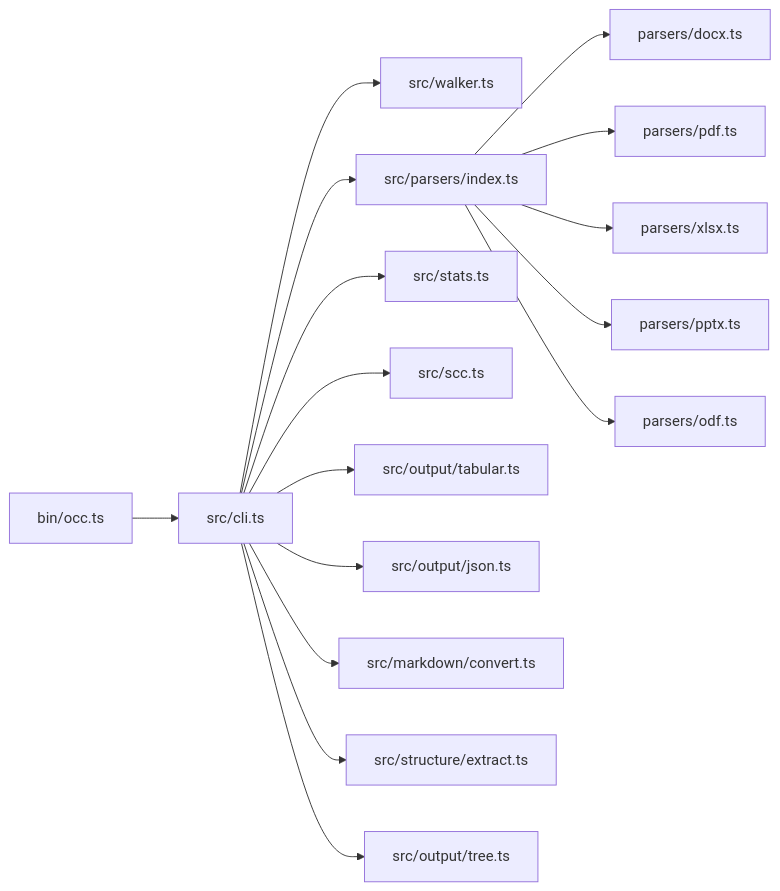
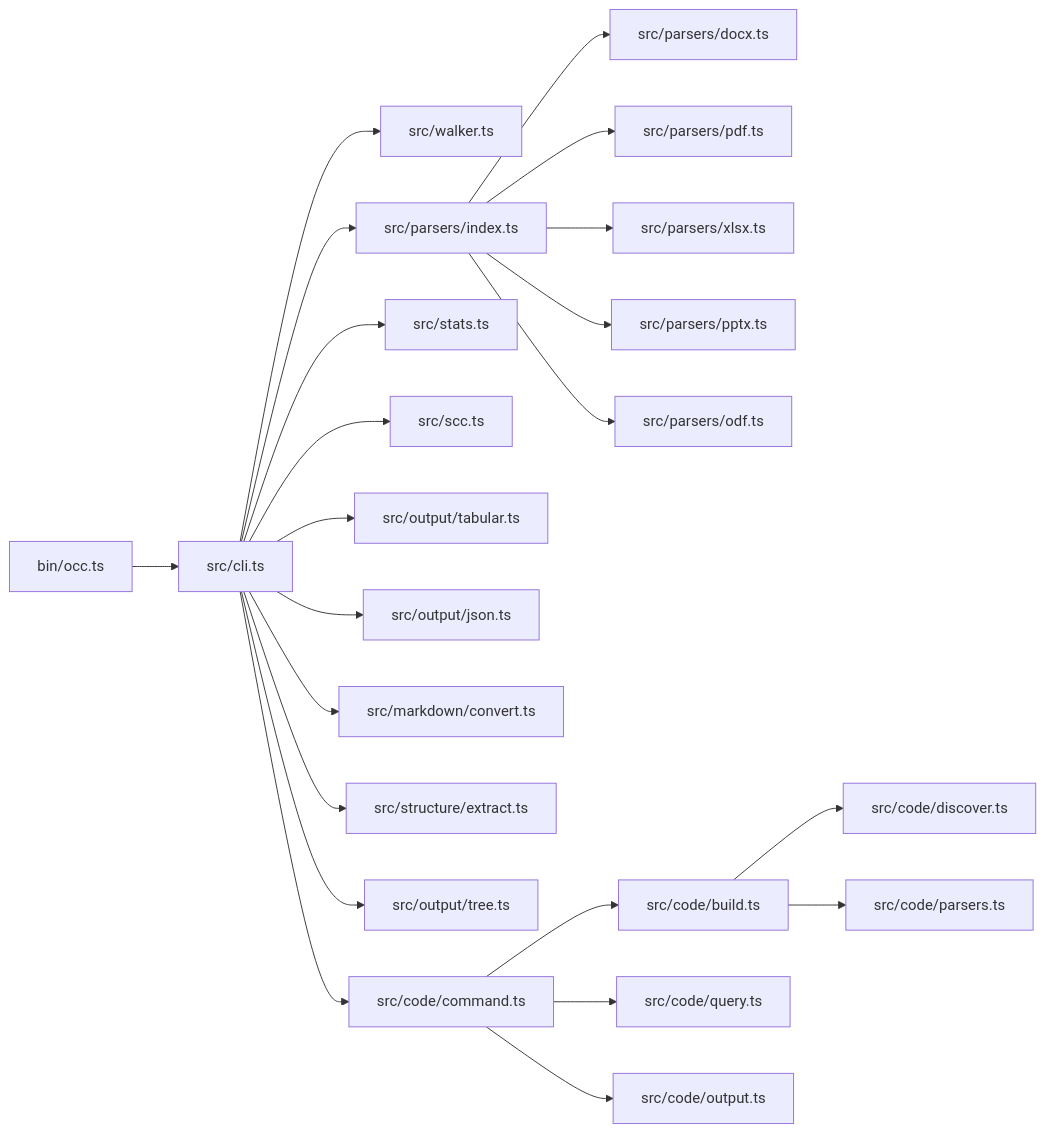
The first of 3 diagrams in docs/architecture/overview.md (cesarandreslopez/occ), drawn with Mermaid before and after one commit. The commit also changed other lines of this file and 28 other files, not shown here.

````diff
--- a/docs/architecture/overview.md
+++ b/docs/architecture/overview.md
@@ -7,18 +12,24 @@
 ```mermaid
 graph LR
     A[bin/occ.ts] --> B[src/cli.ts]
     B --> C[src/walker.ts]
     B --> D[src/parsers/index.ts]
     B --> E[src/stats.ts]
     B --> F[src/scc.ts]
     B --> G[src/output/tabular.ts]
     B --> H[src/output/json.ts]
     B --> I[src/markdown/convert.ts]
     B --> J[src/structure/extract.ts]
     B --> K[src/output/tree.ts]
-    D --> L[parsers/docx.ts]
-    D --> M[parsers/pdf.ts]
-    D --> N[parsers/xlsx.ts]
-    D --> O[parsers/pptx.ts]
-    D --> P[parsers/odf.ts]
+    B --> L[src/code/command.ts]
+    D --> M[src/parsers/docx.ts]
+    D --> N[src/parsers/pdf.ts]
+    D --> O[src/parsers/xlsx.ts]
+    D --> P[src/parsers/pptx.ts]
+    D --> Q[src/parsers/odf.ts]
+    L --> R[src/code/build.ts]
+    R --> S[src/code/discover.ts]
+    R --> T[src/code/parsers.ts]
+    L --> U[src/code/query.ts]
+    L --> V[src/code/output.ts]
 ```
````
